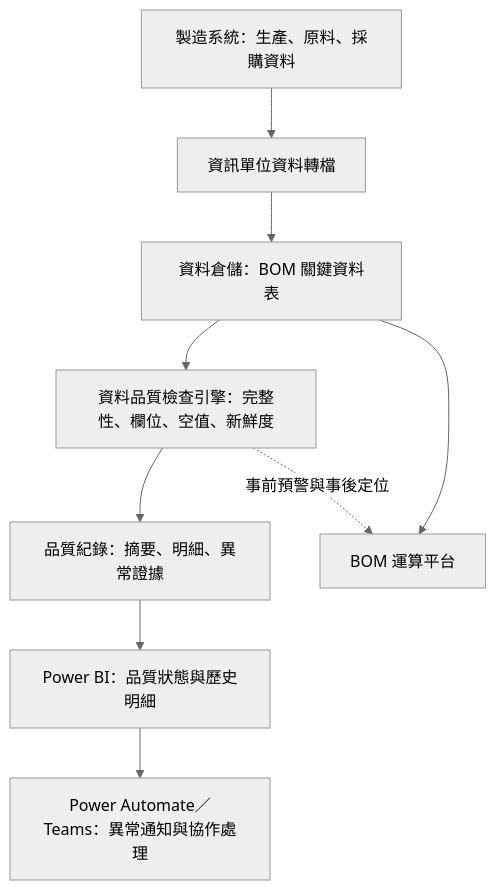
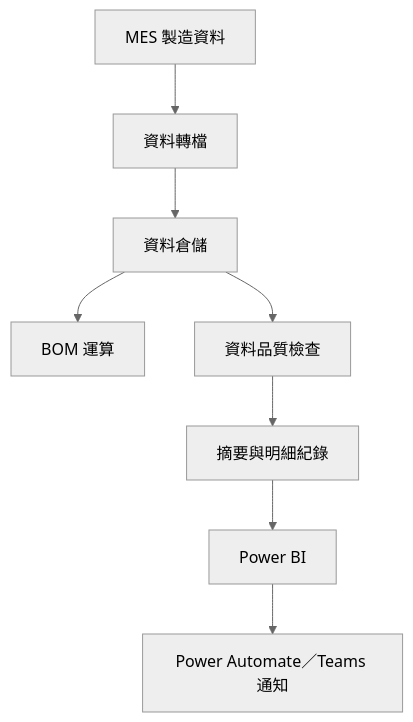
One commit to ChienChienChien/Manufacturing_Data_Quality_Monitoring changed the diagram in README.md. Above: the diagram before and after it, drawn with Mermaid (neutral theme). The commit also changed other lines of this file, not shown here.

````diff
--- a/README.md
+++ b/README.md
@@ -57,20 +40,10 @@
 ```mermaid
 flowchart TB
-    A["製造系統：生產、原料、採購資料"]
-    B["資訊單位資料轉檔"]
-    C["資料倉儲：BOM 關鍵資料表"]
-    D["資料品質檢查引擎：完整性、欄位、空值、新鮮度"]
-    E["品質紀錄：摘要、明細、異常證據"]
-    F["Power BI：品質狀態與歷史明細"]
-    G["Power Automate／Teams：異常通知與協作處理"]
-    H["BOM 運算平台"]
-
-    A --> B
-    B --> C
-    C --> H
-    C --> D
-    D --> E
-    E --> F
-    F --> G
-    D -. "事前預警與事後定位" .-> H
+    A["MES 製造資料"] --> B["資料轉檔"]
+    B --> C["資料倉儲"]
+    C --> D["BOM 運算"]
+    C --> E["資料品質檢查"]
+    E --> F["摘要與明細紀錄"]
+    F --> G["Power BI"]
+    G --> H["Power Automate／Teams 通知"]
 ```
````
